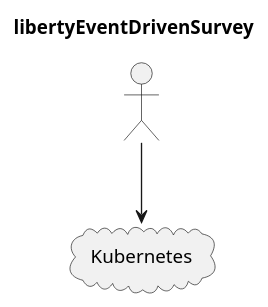
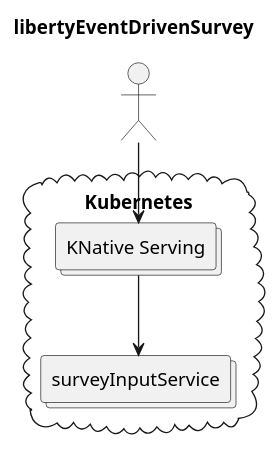
One commit to IBM/libertyEventDrivenSurvey changed the diagram in doc/libertyEventDrivenSurvey.plantuml. Above: the diagram before and after it, drawn with PlantUML. The commit also changed 1 other file, not shown here.

Commit message:
Update plantuml

```diff
--- a/doc/libertyEventDrivenSurvey.plantuml
+++ b/doc/libertyEventDrivenSurvey.plantuml
@@ -1,16 +1,20 @@
 @startuml
 
 title libertyEventDrivenSurvey
 
 skinparam monochrome true
 skinparam DefaultTextAlignment center
 scale 1.0
 
 actor user1 as " "
 
+' https://plantuml.com/deployment-diagram
 cloud kubernetes as "Kubernetes" {
+  collections knativeServing1 as "KNative Serving"
+  collections surveyInputService
 }
 
-user1 --> kubernetes
+user1 --> knativeServing1
+knativeServing1 --> surveyInputService
 
 @enduml
```
